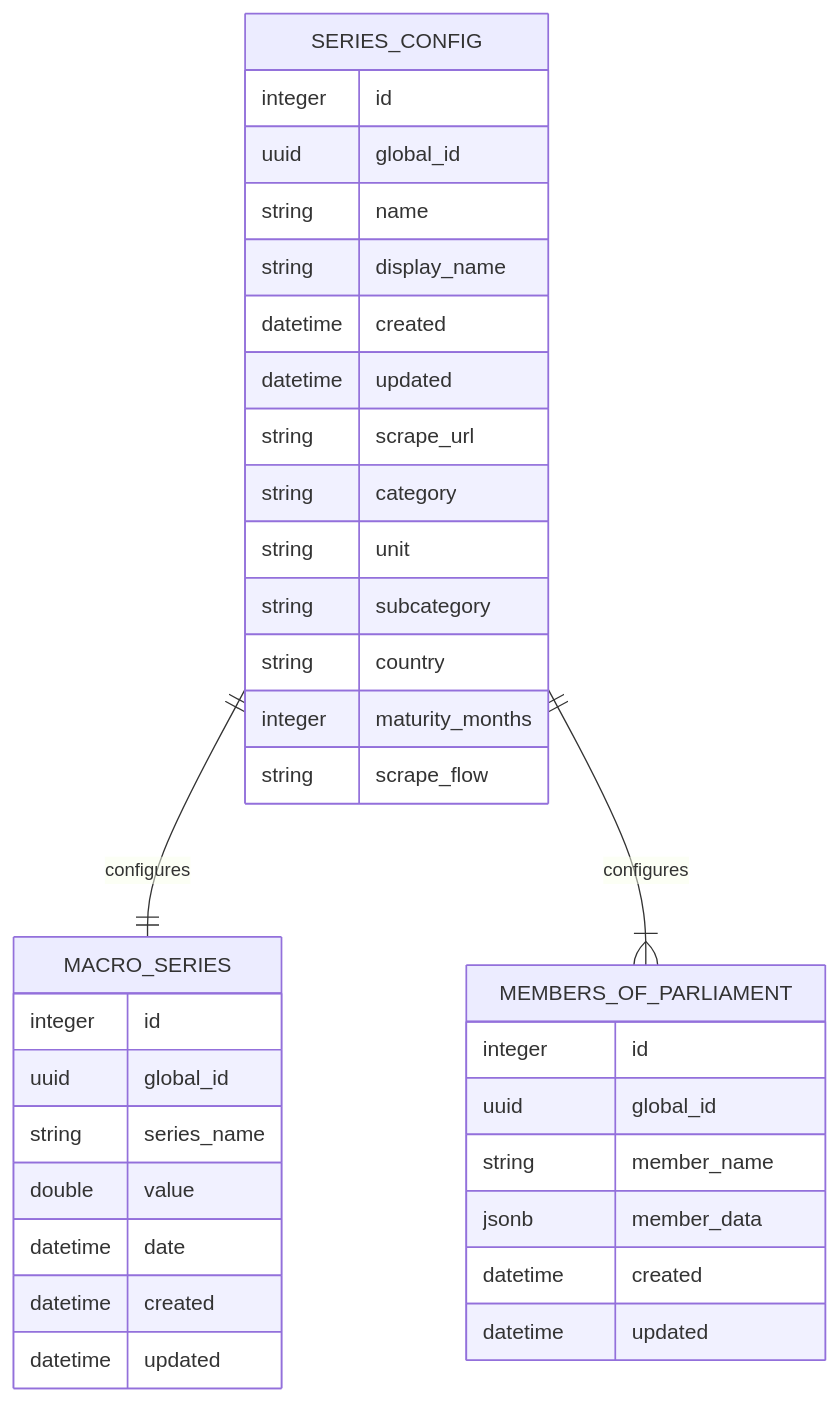
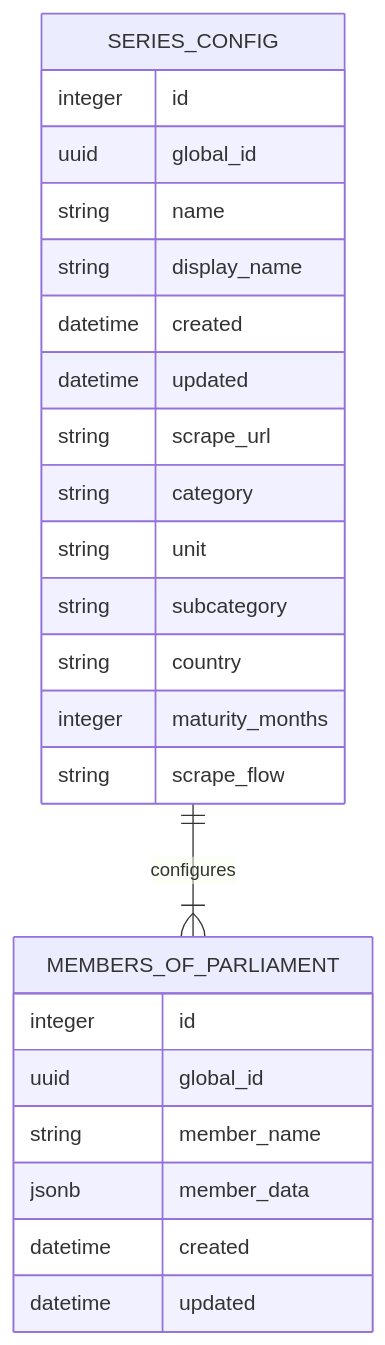
Before and after one commit to KGjertsson/macro-hub: the third of 3 diagrams in macro-backend/macro-analyzer/README.md, drawn with Mermaid. The commit also changed 90 other files, not shown here.

First line of the commit message:
chore: drop the old macro-series tables from the monolith (#84)

````diff
--- a/macro-backend/macro-analyzer/README.md
+++ b/macro-backend/macro-analyzer/README.md
@@ -44,40 +44,29 @@
 ```mermaid
 erDiagram
-    SERIES_CONFIG ||--|| MACRO_SERIES : configures
     SERIES_CONFIG ||--}| MEMBERS_OF_PARLIAMENT : configures
     
     SERIES_CONFIG {
         integer id
         uuid global_id
         string name
         string display_name
         datetime created
         datetime updated
         string scrape_url
         string category
         string unit
         string subcategory
         string country
         integer maturity_months
         string scrape_flow
     }
     
-    MACRO_SERIES {
-        integer id
-        uuid global_id
-        string series_name
-        double value
-        datetime date
-        datetime created
-        datetime updated
-    }
-    
     MEMBERS_OF_PARLIAMENT {
         integer id
         uuid global_id
         string member_name
         jsonb member_data
         datetime created
         datetime updated
     }
 ```
````
